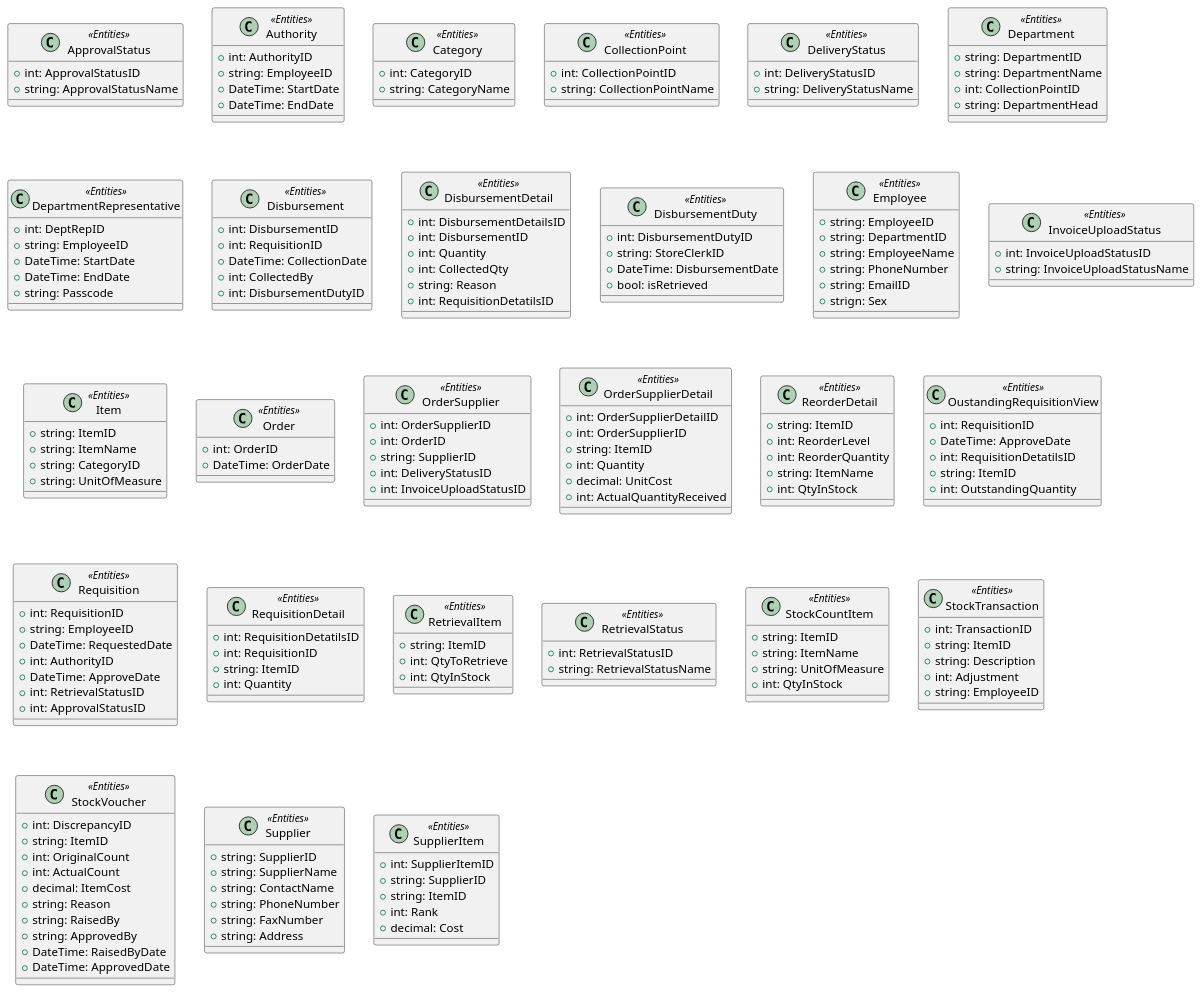
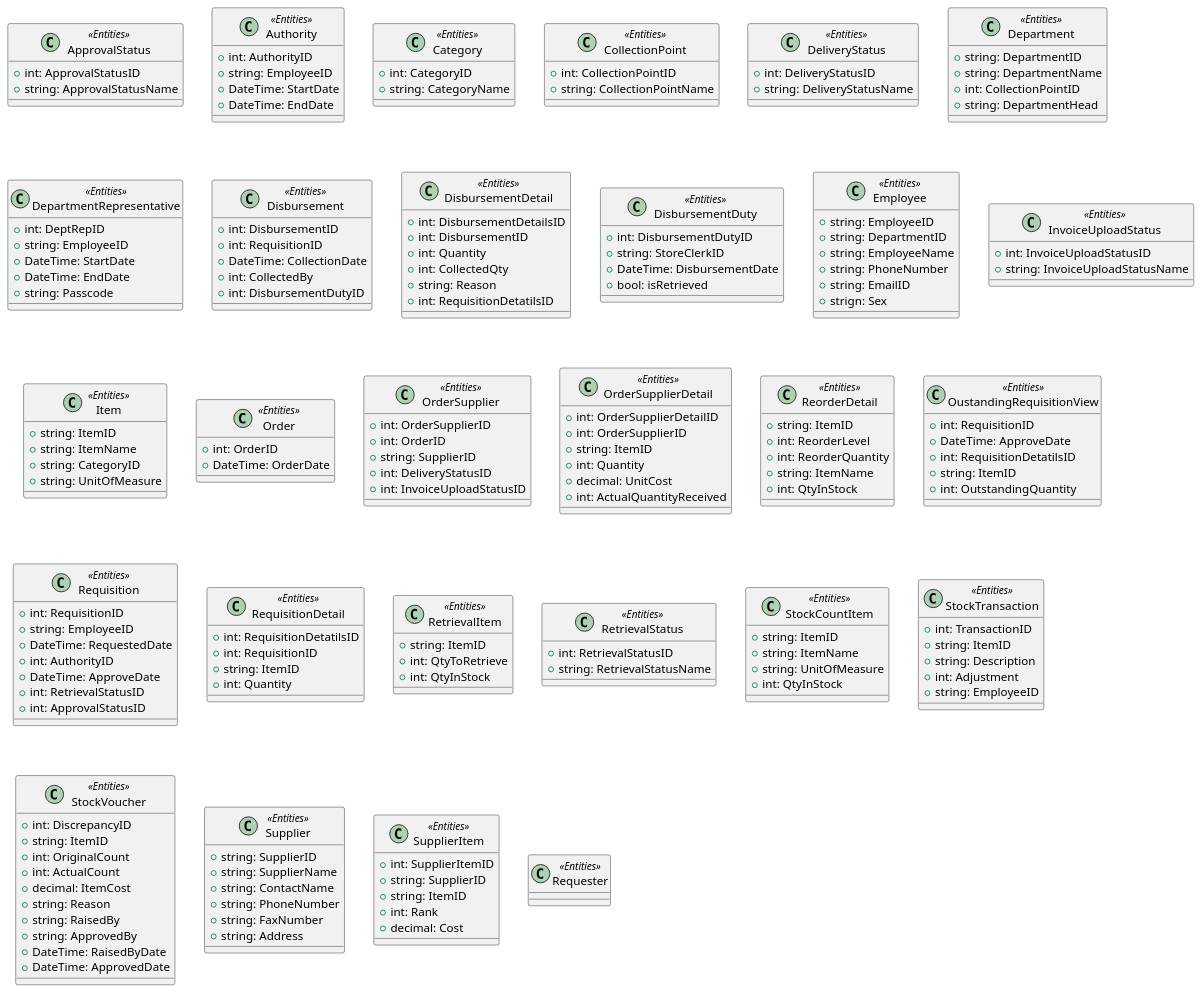
Before and after one commit to SA46Team5a/AD---ClassAndSequenceDiagram: the first of 2 diagrams in Entities.wsd, drawn with PlantUML. The commit also changed other lines of this file, not shown here.

```diff
--- a/Entities.wsd
+++ b/Entities.wsd
@@ -1,41 +1,41 @@
 @startuml
 
-class ApprovalStatus <<Entities>> {
+Class ApprovalStatus <<Entities>> {
 +int: ApprovalStatusID
 +string: ApprovalStatusName
 
 }
 
-class Authority <<Entities>> {
+Class Authority <<Entities>> {
 +int: AuthorityID
 +string: EmployeeID
 +DateTime: StartDate
 +DateTime: EndDate
 }
 
-class Category <<Entities>> {
+Class Category <<Entities>> {
 +int: CategoryID
 +string: CategoryName
 }
 
-class CollectionPoint <<Entities>> {
+Class CollectionPoint <<Entities>> {
 +int: CollectionPointID
 +string: CollectionPointName
 }
 
-class DeliveryStatus <<Entities>> {
+Class DeliveryStatus <<Entities>> {
 +int: DeliveryStatusID
 +string: DeliveryStatusName
 }
 
-class Department <<Entities>> {
+Class Department <<Entities>> {
 +string: DepartmentID
 +string: DepartmentName
 +int: CollectionPointID
 +string: DepartmentHead
 }
 
-class DepartmentRepresentative <<Entities>> {
+Class DepartmentRepresentative <<Entities>> {
 +int: DeptRepID
 +string: EmployeeID
 +DateTime: StartDate
@@ -43,7 +43,7 @@
 +string: Passcode
 }
 
-class Disbursement <<Entities>> {
+Class Disbursement <<Entities>> {
 +int: DisbursementID
 +int: RequisitionID
 +DateTime: CollectionDate
@@ -51,7 +51,7 @@
 +int: DisbursementDutyID
 }
 
-class DisbursementDetail <<Entities>> {
+Class DisbursementDetail <<Entities>> {
 +int: DisbursementDetailsID
 +int: DisbursementID
 +int: Quantity
@@ -60,14 +60,14 @@
 +int: RequisitionDetatilsID
 }
 
-class DisbursementDuty <<Entities>> {
+Class DisbursementDuty <<Entities>> {
 +int: DisbursementDutyID
 +string: StoreClerkID
 +DateTime: DisbursementDate
 +bool: isRetrieved
 }
 
-class Employee <<Entities>> {
+Class Employee <<Entities>> {
 +string: EmployeeID
 +string: DepartmentID
 +string: EmployeeName
@@ -76,24 +76,24 @@
 +strign: Sex
 }
 
-class InvoiceUploadStatus <<Entities>> {
+Class InvoiceUploadStatus <<Entities>> {
 +int: InvoiceUploadStatusID
 +string: InvoiceUploadStatusName
 }
 
-class Item <<Entities>> {
+Class Item <<Entities>> {
 +string: ItemID
 +string: ItemName
 +string: CategoryID
 +string: UnitOfMeasure
 }
 
-class Order <<Entities>> {
+Class Order <<Entities>> {
 +int: OrderID
 +DateTime: OrderDate
 }
 
-class OrderSupplier <<Entities>> {
+Class OrderSupplier <<Entities>> {
 +int: OrderSupplierID
 +int: OrderID
 +string: SupplierID
@@ -102,7 +102,7 @@
 
 }
 
-class OrderSupplierDetail <<Entities>> {
+Class OrderSupplierDetail <<Entities>> {
 +int: OrderSupplierDetailID
 +int: OrderSupplierID
 +string: ItemID
@@ -111,7 +111,7 @@
 +int: ActualQuantityReceived
 }
 
-class ReorderDetail <<Entities>> {
+Class ReorderDetail <<Entities>> {
 +string: ItemID
 +int: ReorderLevel
 +int: ReorderQuantity
@@ -119,7 +119,7 @@
 +int: QtyInStock
 }
 
-class OustandingRequisitionView <<Entities>> {
+Class OustandingRequisitionView <<Entities>> {
 +int: RequisitionID
 +DateTime: ApproveDate
 +int: RequisitionDetatilsID
@@ -127,7 +127,7 @@
 +int: OutstandingQuantity
 }
 
-class Requisition <<Entities>> {
+Class Requisition <<Entities>> {
 +int: RequisitionID
 +string: EmployeeID
 +DateTime: RequestedDate
@@ -137,32 +137,32 @@
 +int: ApprovalStatusID
 }
 
-class RequisitionDetail <<Entities>> {
+Class RequisitionDetail <<Entities>> {
 +int: RequisitionDetatilsID
 +int: RequisitionID
 +string: ItemID
 +int: Quantity
 }
 
-class RetrievalItem <<Entities>> {
+Class RetrievalItem <<Entities>> {
 +string: ItemID
 +int: QtyToRetrieve
 +int: QtyInStock
 }
 
-class RetrievalStatus <<Entities>> {
+Class RetrievalStatus <<Entities>> {
 +int: RetrievalStatusID
 +string: RetrievalStatusName
 }
 
-class StockCountItem <<Entities>> {
+Class StockCountItem <<Entities>> {
 +string: ItemID
 +string: ItemName
 +string: UnitOfMeasure
 +int: QtyInStock
 }
 
-class StockTransaction <<Entities>> {
+Class StockTransaction <<Entities>> {
 +int: TransactionID
 +string: ItemID
 +string: Description
@@ -170,7 +170,7 @@
 +string: EmployeeID
 }
 
-class StockVoucher <<Entities>> {
+Class StockVoucher <<Entities>> {
 +int: DiscrepancyID
 +string: ItemID
 +int: OriginalCount
@@ -183,7 +183,7 @@
 +DateTime: ApprovedDate
 }
 
-class Supplier <<Entities>> {
+Class Supplier <<Entities>> {
 +string: SupplierID
 +string: SupplierName
 +string: ContactName
@@ -192,7 +192,7 @@
 +string: Address
 }
 
-class SupplierItem <<Entities>> {
+Class SupplierItem <<Entities>> {
 +int: SupplierItemID
 +string: SupplierID
 +string: ItemID
@@ -200,4 +200,7 @@
 +decimal: Cost
 }
 
+Class Requester <<Entities>> {
+
+}
 @enduml
```
